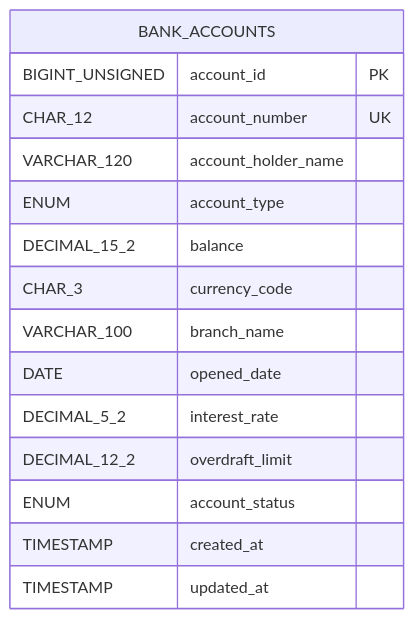
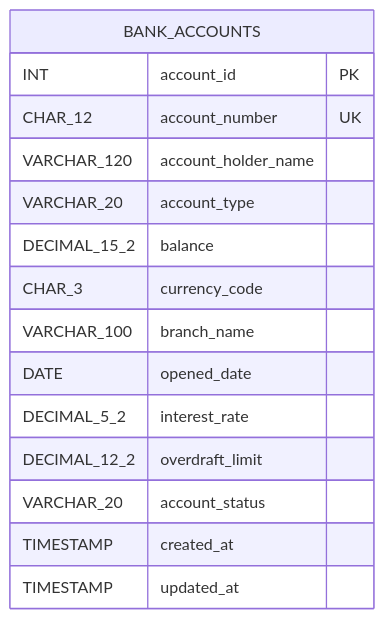
Diagram 12 of 20 in sql-exercises-part-1.md (arvind-codegnan/cdg-hyd-jfs-058), drawn with Mermaid before and after one commit. The commit also changed other lines of this file, not shown here.

````diff
--- a/sql-exercises-part-1.md
+++ b/sql-exercises-part-1.md
@@ -464,18 +462,18 @@
 ```mermaid
 erDiagram
     BANK_ACCOUNTS {
-        BIGINT_UNSIGNED account_id PK
+        INT account_id PK
         CHAR_12 account_number UK
         VARCHAR_120 account_holder_name
-        ENUM account_type
+        VARCHAR_20 account_type
         DECIMAL_15_2 balance
         CHAR_3 currency_code
         VARCHAR_100 branch_name
         DATE opened_date
         DECIMAL_5_2 interest_rate
         DECIMAL_12_2 overdraft_limit
-        ENUM account_status
+        VARCHAR_20 account_status
         TIMESTAMP created_at
         TIMESTAMP updated_at
     }
 ```
````
